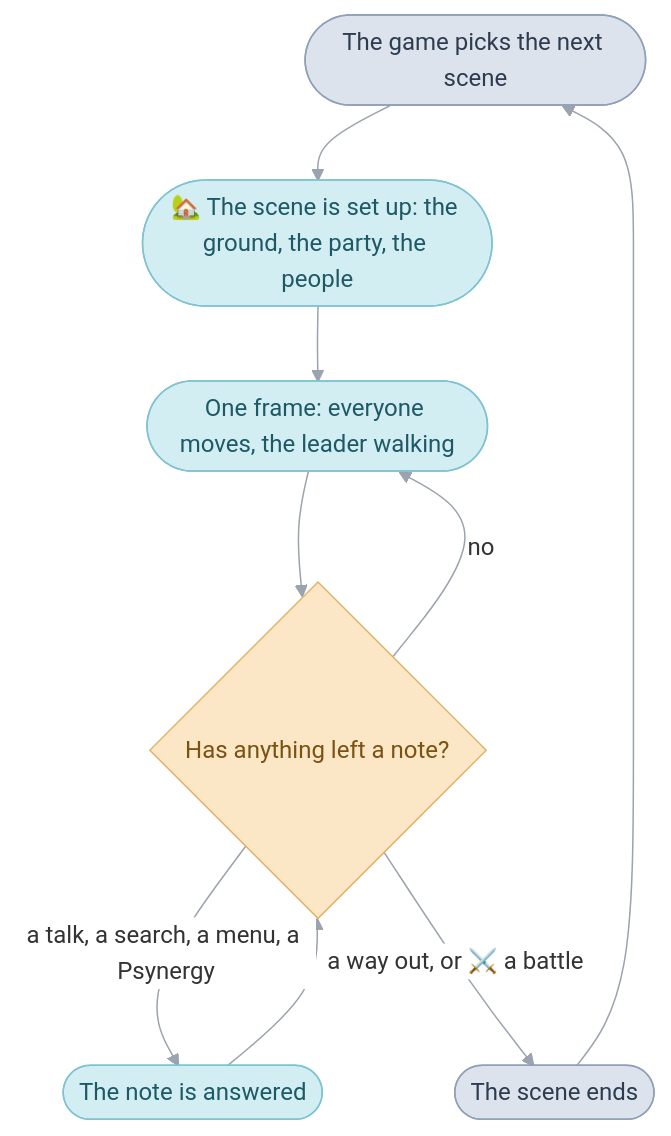
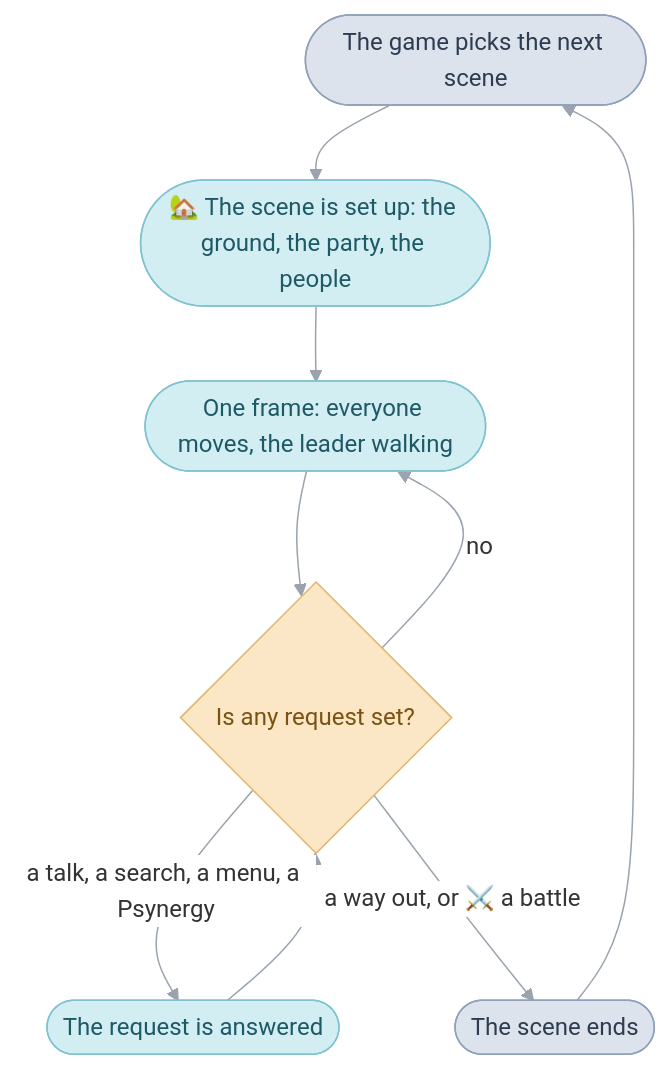
The diagram in games/tbs/field.md (PascalPixel/alchemy), drawn with Mermaid before and after one commit. The commit also changed other lines of this file and 20 other files, not shown here.

````diff
--- a/games/tbs/field.md
+++ b/games/tbs/field.md
@@ -85,18 +85,18 @@
 ```mermaid
 %%{init: {"theme": "base", "themeVariables": {"lineColor": "#9AA3AE", "edgeLabelBackground": "#FFFFFF"}, "flowchart": {"curve": "basis", "padding": 12}}}%%
 flowchart TD
   main(["The game picks the next scene"]) --> setup(["🏡 The scene is set up: the ground, the party, the people"])
   setup --> walk(["One frame: everyone moves, the leader walking"])
-  walk --> requests{"Has anything left a note?"}
+  walk --> requests{"Is any request set?"}
   requests -- no --> walk
-  requests -- "a talk, a search, a menu, a Psynergy" --> answer(["The note is answered"])
+  requests -- "a talk, a search, a menu, a Psynergy" --> answer(["The request is answered"])
   answer --> requests
   requests -- "a way out, or ⚔️ a battle" --> leave(["The scene ends"])
   leave --> main
   classDef mainRoutine fill:#DDE3EC,stroke:#8FA0B8,color:#2E3C50
   classDef sequence fill:#D2EEF3,stroke:#7FC3D0,color:#1E5966
   classDef request fill:#FBE7C6,stroke:#E0B46A,color:#7A5212
   class main,leave mainRoutine
   class setup,walk,answer sequence
   class requests request
 ```
````
